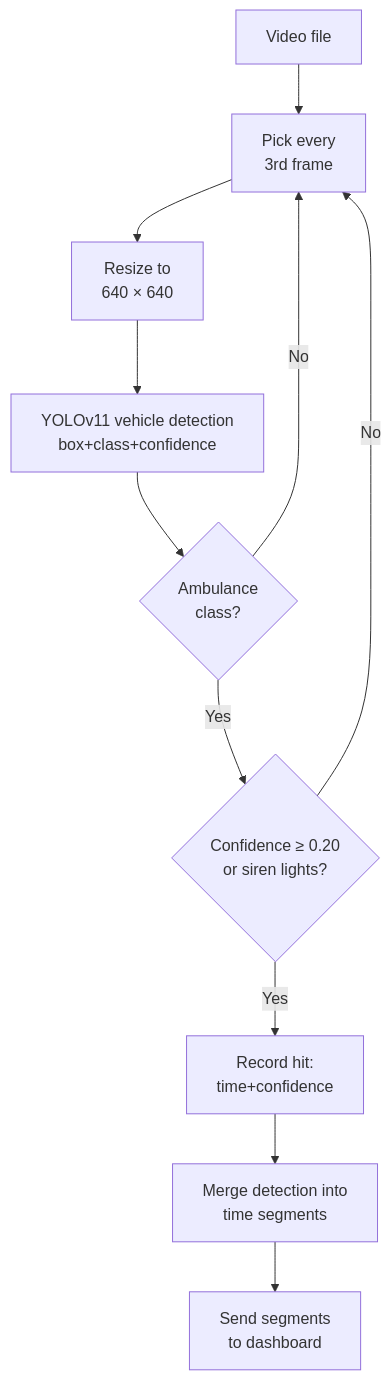
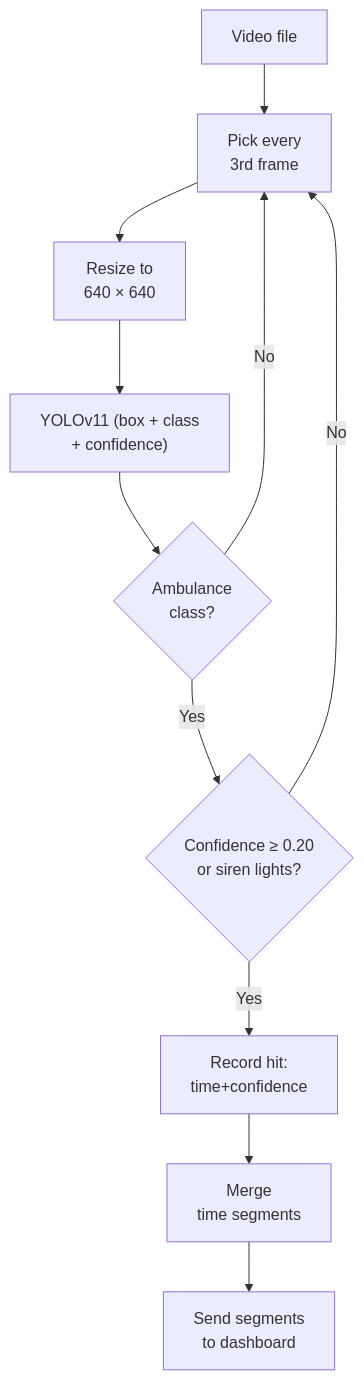
One commit to ritamdeep/emergency-vehicle-ai-detection changed the second of 3 diagrams in README.md. Above: the diagram before and after it, drawn with Mermaid.

Commit message:
Refine YOLOv11 detection flowchart labels

````diff
--- a/README.md
+++ b/README.md
@@ -252,13 +252,13 @@
 ```mermaid
 flowchart TD
     A["Video file"] --> B["Pick every<br/>3rd frame"]
     B --> C["Resize to<br/>640 × 640"]
-    C --> D["YOLOv11 vehicle detection<br/>box+class+confidence"]
+    C --> D["YOLOv11 (box + class<br/>+ confidence)"]
     D --> E{"Ambulance<br/>class?"}
     E -- No --> B
     E -- Yes --> F{"Confidence &ge; 0.20<br/>or siren lights?"}
     F -- No --> B
     F -- Yes --> G["Record hit:<br/>time+confidence"]
-    G --> H["Merge detection into<br/>time segments"]
+    G --> H["Merge<br/>time segments"]
     H --> I["Send segments<br/>to dashboard"]
 ```
````
